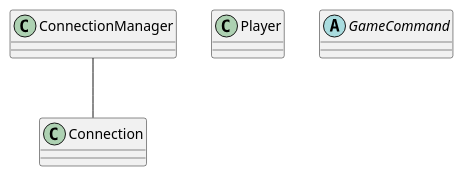
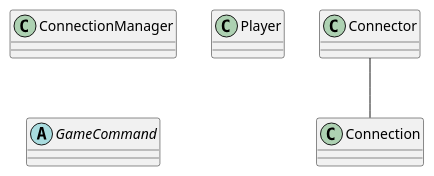
Before and after one commit to vehsamrak/telegramud: the diagram in documentation/architecture.puml, drawn with PlantUML.

Commit message:
Architecture documentation

```diff
--- a/documentation/architecture.puml
+++ b/documentation/architecture.puml
@@ -1,17 +1,17 @@
 @startuml
 
 class ConnectionManager {
 }
 
 class Connection {
 }
 
-ConnectionManager -- Connection
+Connector -- Connection
 
 class Player {
 }
 
 abstract class GameCommand {
 }
 
 @enduml
```
